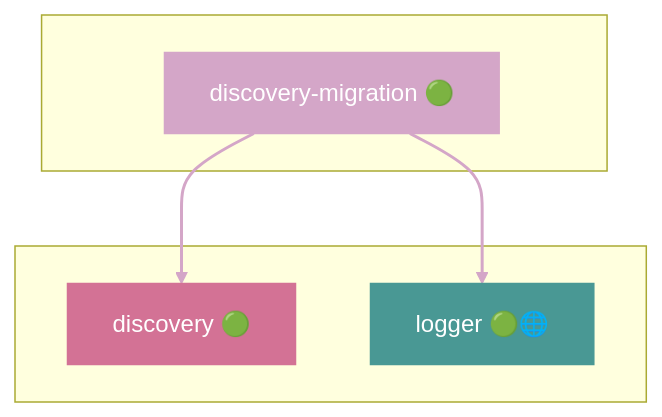
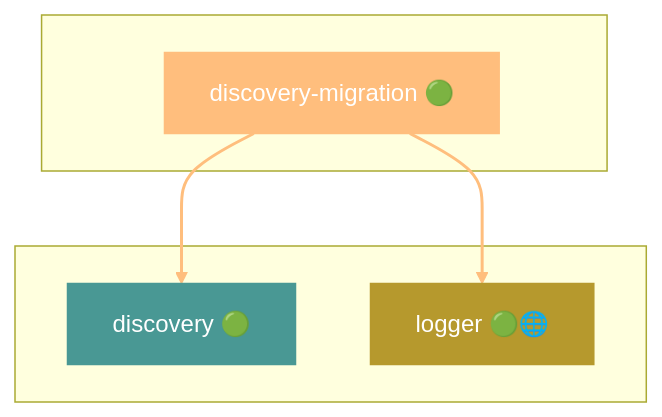
Diagram 18 of 50 in docs/DEPENDENCIES.md (grest-ts/grest-ts), drawn with Mermaid before and after one commit. The commit also changed other lines of this file and 57 other files, not shown here.

````diff
--- a/docs/DEPENDENCIES.md
+++ b/docs/DEPENDENCIES.md
@@ -1143,17 +1113,17 @@
 ```mermaid
 flowchart TB
     subgraph Package[" "]
         discovery-migration["discovery-migration 🟢"]
     end
     subgraph Dependencies[" "]
         discovery["discovery 🟢"]
         logger["logger 🟢🌐"]
     end
     discovery-migration --> discovery
     discovery-migration --> logger
-    style discovery-migration fill:#D4A6C8,stroke:#D4A6C8,color:#fff
-    style discovery fill:#D37295,stroke:#D37295,color:#fff
-    style logger fill:#499894,stroke:#499894,color:#fff
-    linkStyle 0 stroke:#D4A6C8,stroke-width:2px
-    linkStyle 1 stroke:#D4A6C8,stroke-width:2px
+    style discovery-migration fill:#FFBE7D,stroke:#FFBE7D,color:#fff
+    style discovery fill:#499894,stroke:#499894,color:#fff
+    style logger fill:#B6992D,stroke:#B6992D,color:#fff
+    linkStyle 0 stroke:#FFBE7D,stroke-width:2px
+    linkStyle 1 stroke:#FFBE7D,stroke-width:2px
 ```
````
